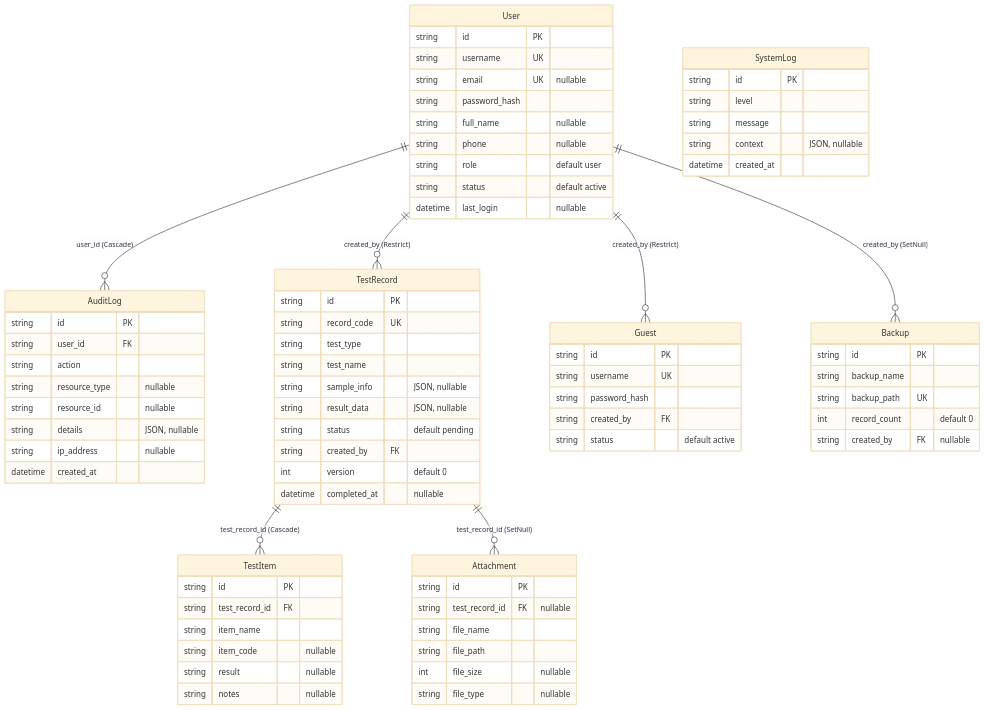
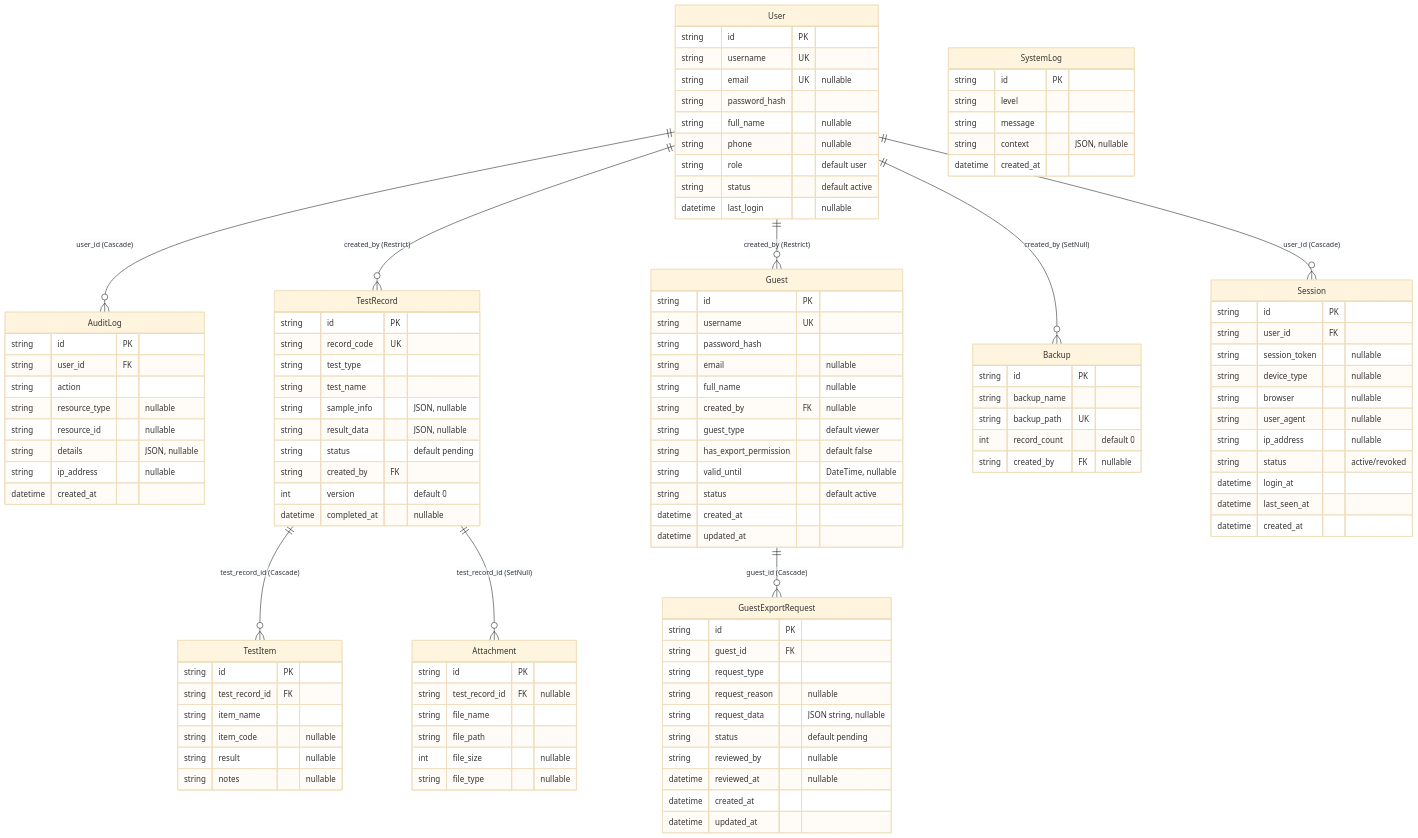
One commit to ArthurUker/Tianjiabing_foodtestlab changed the fourth of 5 diagrams in README.md. Above: the diagram before and after it, drawn with Mermaid (base theme). The commit also changed other lines of this file and 10 other files, not shown here.

```diff
--- a/README.md
+++ b/README.md
@@ -148,6 +150,8 @@
     User ||--o{ TestRecord : "created_by (Restrict)"
     User ||--o{ Guest : "created_by (Restrict)"
     User ||--o{ Backup : "created_by (SetNull)"
+    User ||--o{ Session : "user_id (Cascade)"
+    Guest ||--o{ GuestExportRequest : "guest_id (Cascade)"
     TestRecord ||--o{ TestItem : "test_record_id (Cascade)"
     TestRecord ||--o{ Attachment : "test_record_id (SetNull)"
 
@@ -204,8 +208,40 @@
         string id PK
         string username UK
         string password_hash
-        string created_by FK
+        string email "nullable"
+        string full_name "nullable"
+        string created_by FK "nullable"
+        string guest_type "default viewer"
+        string has_export_permission "default false"
+        string valid_until "DateTime, nullable"
         string status "default active"
+        datetime created_at
+        datetime updated_at
+    }
+    GuestExportRequest {
+        string id PK
+        string guest_id FK
+        string request_type
+        string request_reason "nullable"
+        string request_data "JSON string, nullable"
+        string status "default pending"
+        string reviewed_by "nullable"
+        datetime reviewed_at "nullable"
+        datetime created_at
+        datetime updated_at
+    }
+    Session {
+        string id PK
+        string user_id FK
+        string session_token "nullable"
+        string device_type "nullable"
+        string browser "nullable"
+        string user_agent "nullable"
+        string ip_address "nullable"
+        string status "active/revoked"
+        datetime login_at
+        datetime last_seen_at
+        datetime created_at
     }
     Backup {
         string id PK
```
